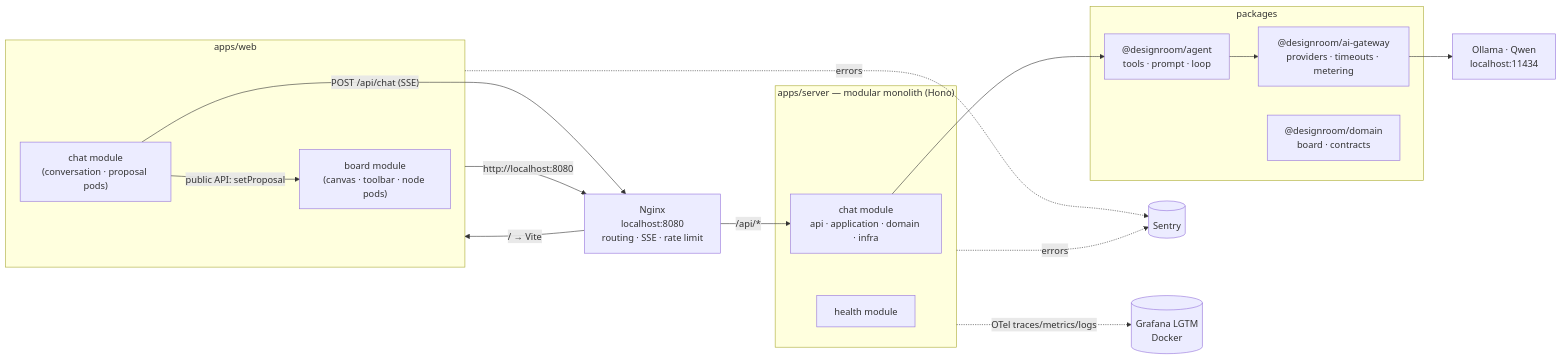
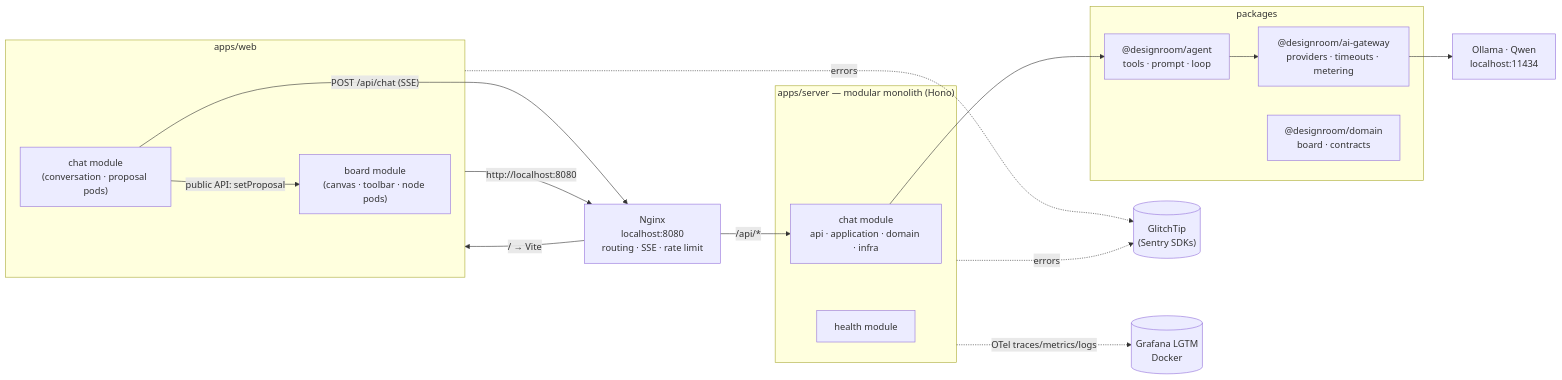
The first of 4 diagrams in docs/architecture.md (iadh05/boardAI), drawn with Mermaid before and after one commit. The commit also changed other lines of this file and 4 other files, not shown here.

First line of the commit message:
chore(infra): Nginx on localhost by default, Grafana password from .env, GlitchTip in the docs (#78)

````diff
--- a/docs/architecture.md
+++ b/docs/architecture.md
@@ -36,33 +36,33 @@
 ```mermaid
 flowchart LR
   subgraph Browser["apps/web"]
     Board["board module<br/>(canvas · toolbar · node pods)"]
     Chat["chat module<br/>(conversation · proposal pods)"]
     Chat -- "public API: setProposal" --> Board
   end
 
   subgraph Server["apps/server — modular monolith (Hono)"]
     ChatMod["chat module<br/>api · application · domain · infra"]
     Health["health module"]
   end
 
   subgraph Pkgs["packages"]
     Agent["@designroom/agent<br/>tools · prompt · loop"]
     GW["@designroom/ai-gateway<br/>providers · timeouts · metering"]
     Domain["@designroom/domain<br/>board · contracts"]
   end
 
   Nginx["Nginx<br/>localhost:8080<br/>routing · SSE · rate limit"]
   Ollama["Ollama · Qwen<br/>localhost:11434"]
-  Sentry[("Sentry")]
+  Sentry[("GlitchTip<br/>(Sentry SDKs)")]
   Grafana[("Grafana LGTM<br/>Docker")]
 
   Browser -- "http://localhost:8080" --> Nginx
   Nginx -- "/ → Vite" --> Browser
   Chat -- "POST /api/chat (SSE)" --> Nginx
   Nginx -- "/api/*" --> ChatMod
   ChatMod --> Agent --> GW --> Ollama
   Browser -. errors .-> Sentry
   Server -. errors .-> Sentry
   Server -. "OTel traces/metrics/logs" .-> Grafana
 ```
````
